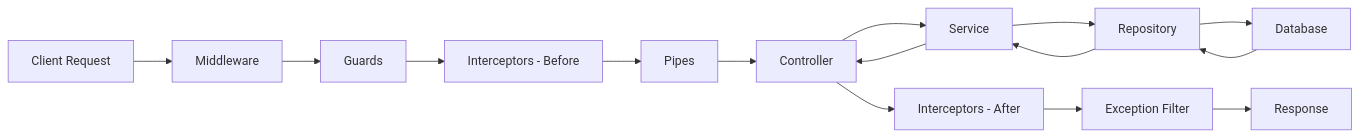
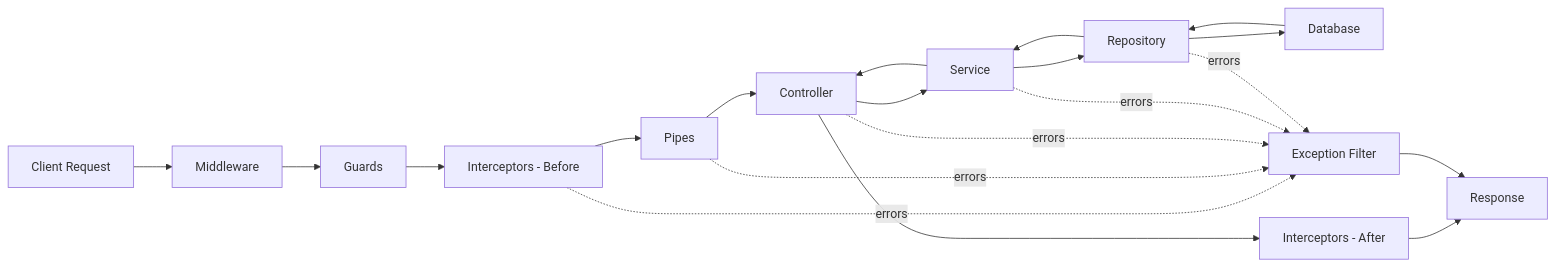
The diagram in posts/2026-01-26-nestjs-enterprise-applications/README.md (OneUptime/blog), drawn with Mermaid before and after one commit. The commit also changed other lines of this file and 2 other files, not shown here.

````diff
--- a/posts/2026-01-26-nestjs-enterprise-applications/README.md
+++ b/posts/2026-01-26-nestjs-enterprise-applications/README.md
@@ -279,17 +284,22 @@
 ```mermaid
 flowchart LR
     A[Client Request] --> B[Middleware]
     B --> C[Guards]
     C --> D[Interceptors - Before]
     D --> E[Pipes]
     E --> F[Controller]
     F --> G[Service]
     G --> H[Repository]
     H --> I[Database]
     I --> H
     H --> G
     G --> F
     F --> J[Interceptors - After]
-    J --> K[Exception Filter]
-    K --> L[Response]
+    J --> L[Response]
+    D -. errors .-> K[Exception Filter]
+    E -. errors .-> K
+    F -. errors .-> K
+    G -. errors .-> K
+    H -. errors .-> K
+    K --> L
 ```
````
